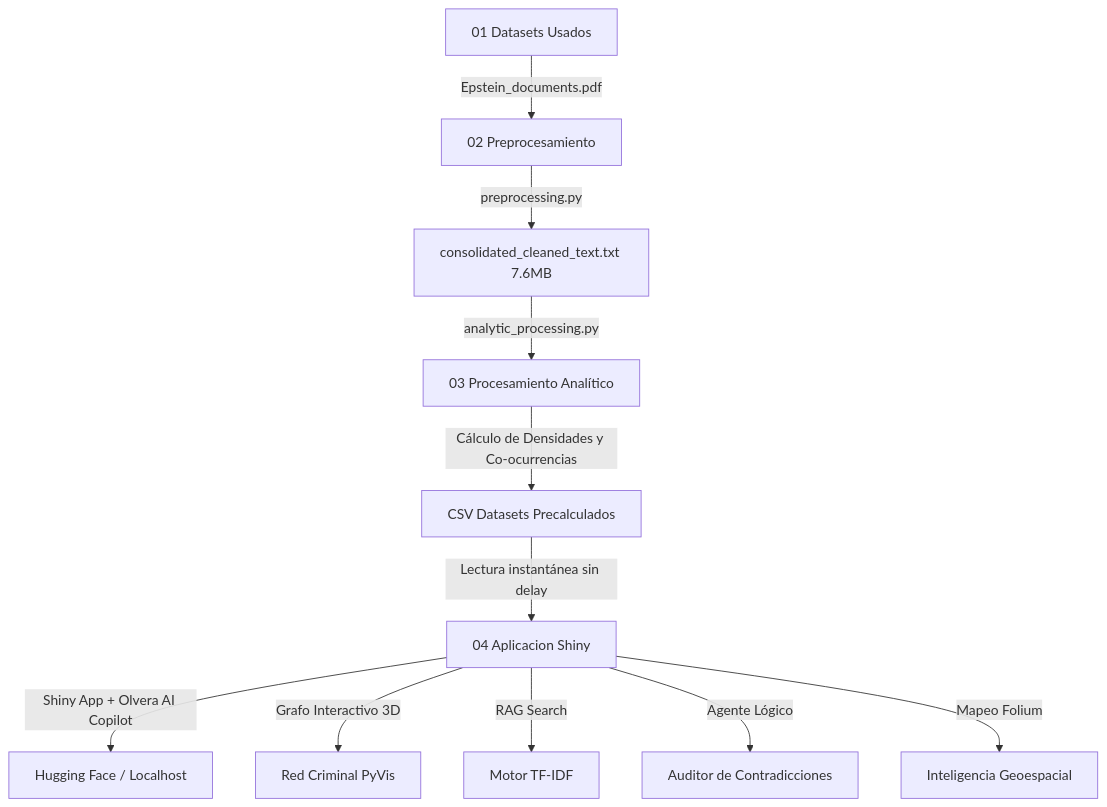
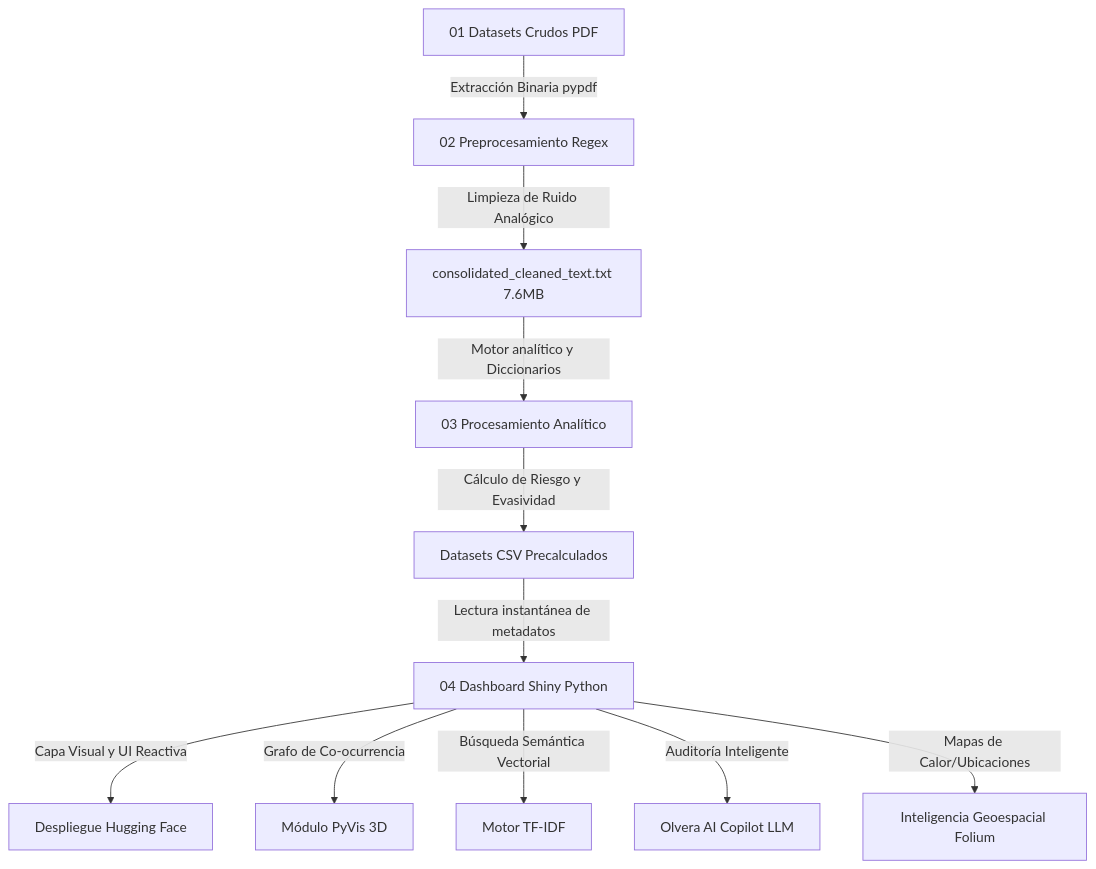
Before and after one commit to jjho05/analisis-archivos-epstein: the diagram in README.md, drawn with Mermaid. The commit also changed other lines of this file, not shown here.

````diff
--- a/README.md
+++ b/README.md
@@ -42,13 +51,13 @@
 ```mermaid
 graph TD
-    A[01 Datasets Usados] -->|Epstein_documents.pdf| B[02 Preprocesamiento]
-    B -->|preprocessing.py| C[consolidated_cleaned_text.txt 7.6MB]
-    C -->|analytic_processing.py| D[03 Procesamiento Analítico]
-    D -->|Cálculo de Densidades y Co-ocurrencias| E[CSV Datasets Precalculados]
-    E -->|Lectura instantánea sin delay| F[04 Aplicacion Shiny]
-    F -->|Shiny App + Olvera AI Copilot| G[Hugging Face / Localhost]
-    F -->|Grafo Interactivo 3D| H[Red Criminal PyVis]
-    F -->|RAG Search| I[Motor TF-IDF]
-    F -->|Agente Lógico| J[Auditor de Contradicciones]
-    F -->|Mapeo Folium| K[Inteligencia Geoespacial]
+    A[01 Datasets Crudos PDF] -->|Extracción Binaria pypdf| B[02 Preprocesamiento Regex]
+    B -->|Limpieza de Ruido Analógico| C[consolidated_cleaned_text.txt 7.6MB]
+    C -->|Motor analítico y Diccionarios| D[03 Procesamiento Analítico]
+    D -->|Cálculo de Riesgo y Evasividad| E[Datasets CSV Precalculados]
+    E -->|Lectura instantánea de metadatos| F[04 Dashboard Shiny Python]
+    F -->|Capa Visual y UI Reactiva| G[Despliegue Hugging Face]
+    F -->|Grafo de Co-ocurrencia| H[Módulo PyVis 3D]
+    F -->|Búsqueda Semántica Vectorial| I[Motor TF-IDF]
+    F -->|Auditoría Inteligente| J[Olvera AI Copilot LLM]
+    F -->|Mapas de Calor/Ubicaciones| K[Inteligencia Geoespacial Folium]
 ```
````
